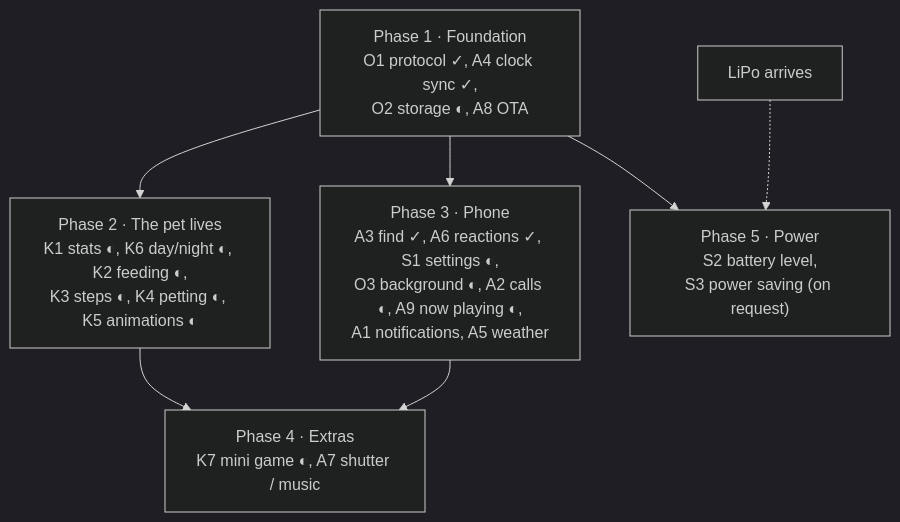
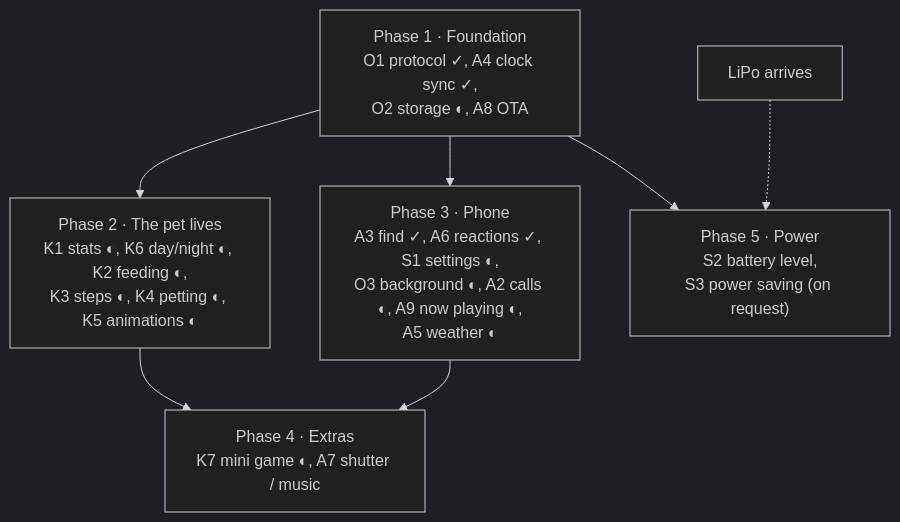
The diagram in docs/roadmap.md (elymsyr/mysterychain), drawn with Mermaid (dark theme) before and after one commit. The commit also changed other lines of this file and 10 other files, not shown here.

````diff
--- a/docs/roadmap.md
+++ b/docs/roadmap.md
@@ -69,10 +68,10 @@
 ```mermaid
 flowchart TD
     F1["Phase 1 · Foundation<br/>O1 protocol ✓, A4 clock sync ✓,<br/>O2 storage ◐, A8 OTA"]
     F1 --> F2["Phase 2 · The pet lives<br/>K1 stats ◐, K6 day/night ◐, K2 feeding ◐,<br/>K3 steps ◐, K4 petting ◐, K5 animations ◐"]
-    F1 --> F3["Phase 3 · Phone<br/>A3 find ✓, A6 reactions ✓, S1 settings ◐,<br/>O3 background ◐, A2 calls ◐, A9 now playing ◐,<br/>A1 notifications, A5 weather"]
+    F1 --> F3["Phase 3 · Phone<br/>A3 find ✓, A6 reactions ✓, S1 settings ◐,<br/>O3 background ◐, A2 calls ◐, A9 now playing ◐,<br/>A5 weather ◐"]
     F2 --> F4["Phase 4 · Extras<br/>K7 mini game ◐, A7 shutter / music"]
     F3 --> F4
     L["LiPo arrives"] -.-> F5["Phase 5 · Power<br/>S2 battery level,<br/>S3 power saving (on request)"]
     F1 --> F5
 ```
````
